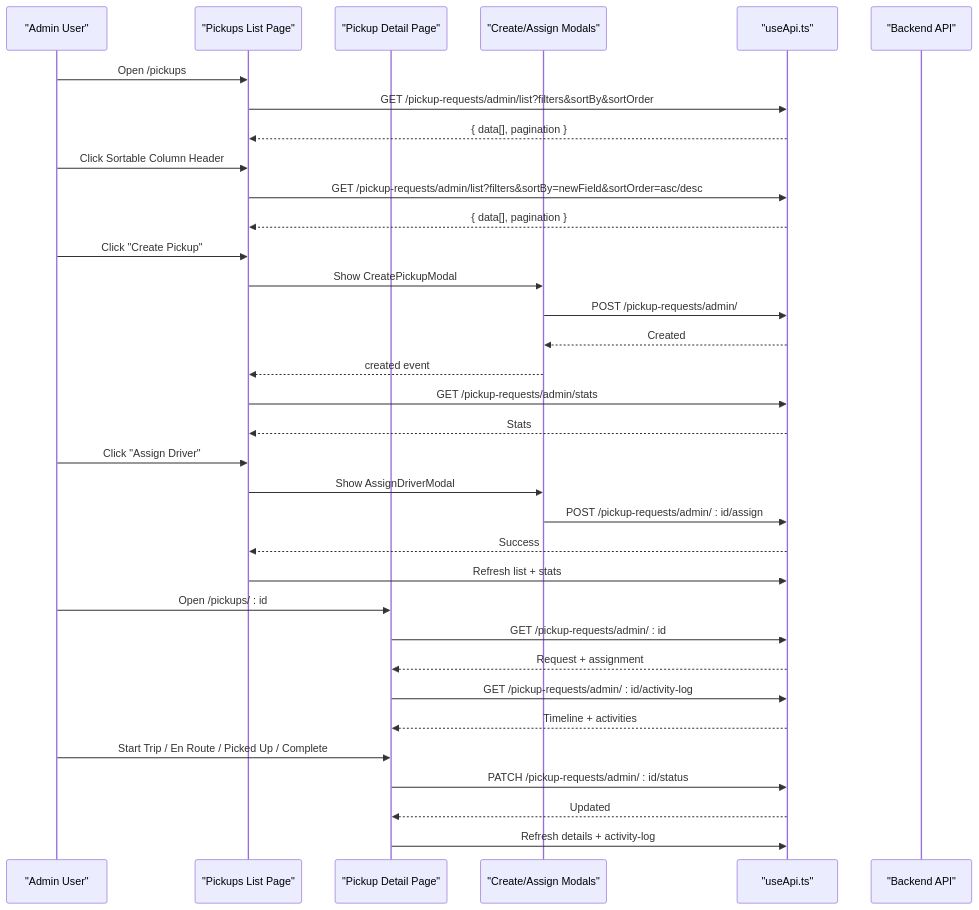
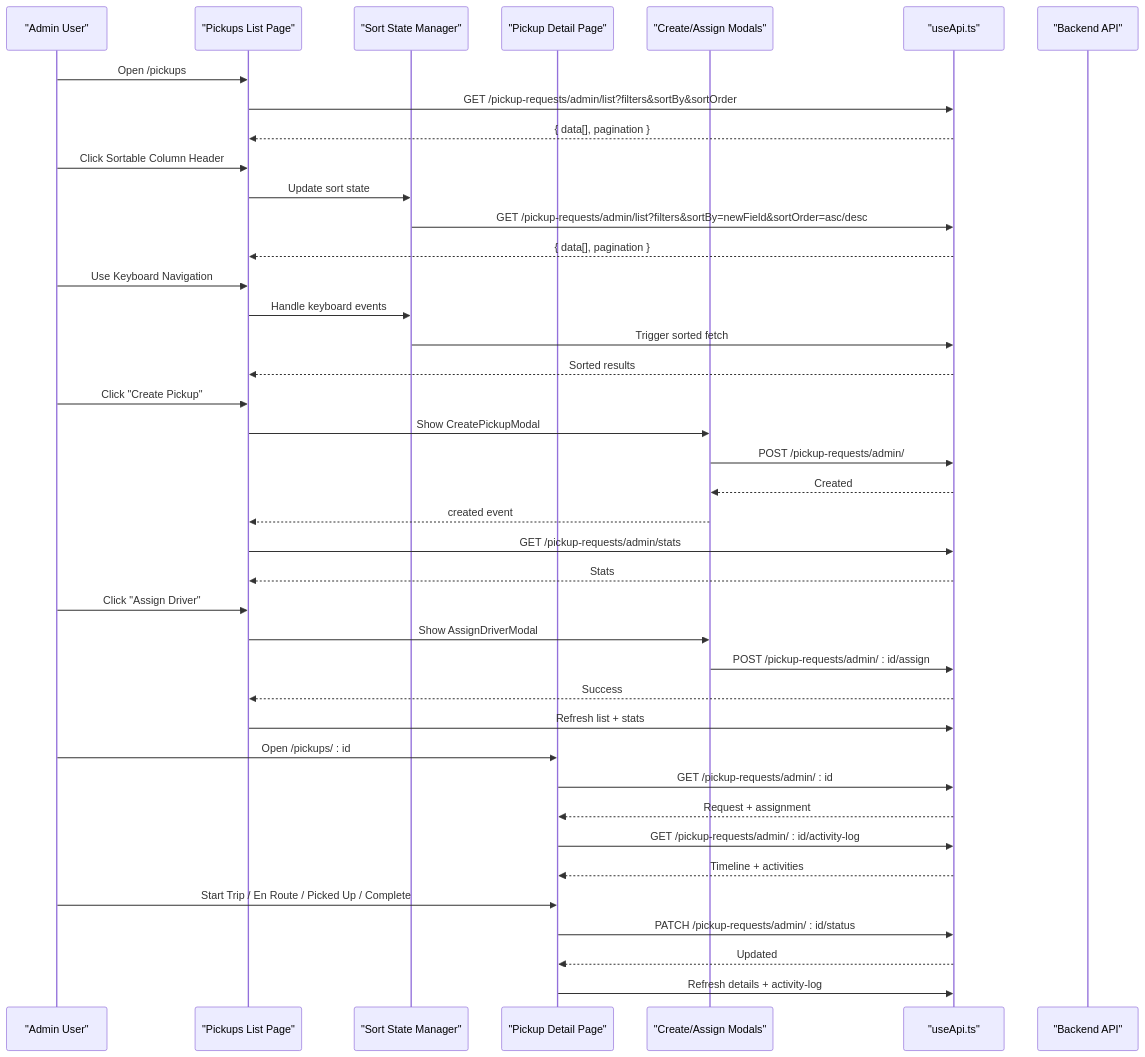
Before and after one commit to Lazynerd-Studios/lacarte-atlas-console: the second of 8 diagrams in .qoder/repowiki/en/content/Business Modules/Pickup Operations.md, drawn with Mermaid. The commit also changed other lines of this file and 14 other files, not shown here.

````diff
--- a/.qoder/repowiki/en/content/Business Modules/Pickup Operations.md
+++ b/.qoder/repowiki/en/content/Business Modules/Pickup Operations.md
@@ -115,36 +120,42 @@
 ```mermaid
 sequenceDiagram
 participant Admin as "Admin User"
 participant List as "Pickups List Page"
+participant SortManager as "Sort State Manager"
 participant Detail as "Pickup Detail Page"
 participant Modal as "Create/Assign Modals"
 participant API as "useApi.ts"
 participant Backend as "Backend API"
 Admin->>List : Open /pickups
 List->>API : GET /pickup-requests/admin/list?filters&sortBy&sortOrder
 API-->>List : { data[], pagination }
 Admin->>List : Click Sortable Column Header
-List->>API : GET /pickup-requests/admin/list?filters&sortBy=newField&sortOrder=asc/desc
+List->>SortManager : Update sort state
+SortManager->>API : GET /pickup-requests/admin/list?filters&sortBy=newField&sortOrder=asc/desc
 API-->>List : { data[], pagination }
+Admin->>List : Use Keyboard Navigation
+List->>SortManager : Handle keyboard events
+SortManager->>API : Trigger sorted fetch
+API-->>List : Sorted results
 Admin->>List : Click "Create Pickup"
 List->>Modal : Show CreatePickupModal
 Modal->>API : POST /pickup-requests/admin/
 API-->>Modal : Created
 Modal-->>List : created event
 List->>API : GET /pickup-requests/admin/stats
 API-->>List : Stats
 Admin->>List : Click "Assign Driver"
 List->>Modal : Show AssignDriverModal
 Modal->>API : POST /pickup-requests/admin/ : id/assign
 API-->>List : Success
 List->>API : Refresh list + stats
 Admin->>Detail : Open /pickups/ : id
 Detail->>API : GET /pickup-requests/admin/ : id
 API-->>Detail : Request + assignment
 Detail->>API : GET /pickup-requests/admin/ : id/activity-log
 API-->>Detail : Timeline + activities
 Admin->>Detail : Start Trip / En Route / Picked Up / Complete
 Detail->>API : PATCH /pickup-requests/admin/ : id/status
 API-->>Detail : Updated
 Detail->>API : Refresh details + activity-log
 ```
````
